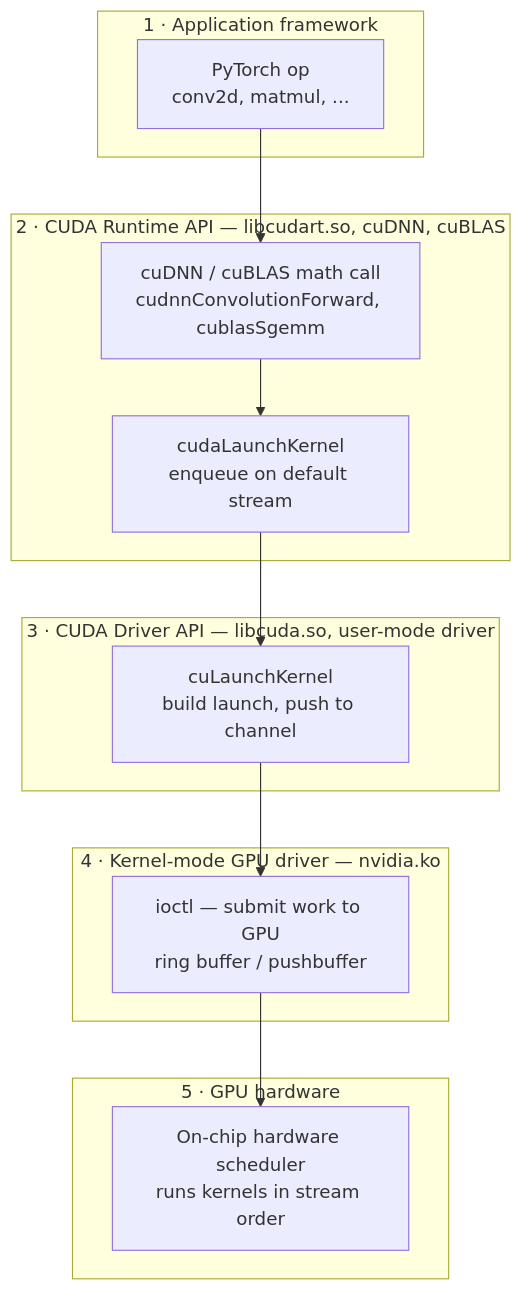
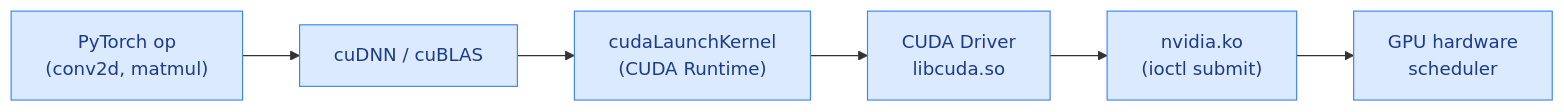
Before and after one commit to 852866031/cuda-schedule-project: the first of 2 diagrams in README.md, drawn with Mermaid. The commit also changed other lines of this file, not shown here.

Commit message:
README: compact horizontal Orion diagrams, color-coded, steps as table

````diff
--- a/README.md
+++ b/README.md
@@ -30,20 +34,7 @@
 ```mermaid
-flowchart TB
-  subgraph L0["1 · Application framework"]
-    A["PyTorch op<br/>conv2d, matmul, ..."]
-  end
-  subgraph L1["2 · CUDA Runtime API — libcudart.so, cuDNN, cuBLAS"]
-    B["cuDNN / cuBLAS math call<br/>cudnnConvolutionForward, cublasSgemm"]
-    C["cudaLaunchKernel<br/>enqueue on default stream"]
-  end
-  subgraph L2["3 · CUDA Driver API — libcuda.so, user-mode driver"]
-    D["cuLaunchKernel<br/>build launch, push to channel"]
-  end
-  subgraph L3["4 · Kernel-mode GPU driver — nvidia.ko"]
-    E["ioctl — submit work to GPU<br/>ring buffer / pushbuffer"]
-  end
-  subgraph L4["5 · GPU hardware"]
-    F["On-chip hardware scheduler<br/>runs kernels in stream order"]
-  end
-  A --> B --> C --> D --> E --> F
+flowchart LR
+  A["PyTorch op<br/>(conv2d, matmul)"]:::base --> B["cuDNN / cuBLAS"]:::base
+  B --> C["cudaLaunchKernel<br/>(CUDA Runtime)"]:::base --> D["CUDA Driver<br/>libcuda.so"]:::base
+  D --> E["nvidia.ko<br/>(ioctl submit)"]:::base --> F["GPU hardware<br/>scheduler"]:::base
+  classDef base fill:#dbeafe,stroke:#3b82f6,color:#1e3a8a;
 ```
````
